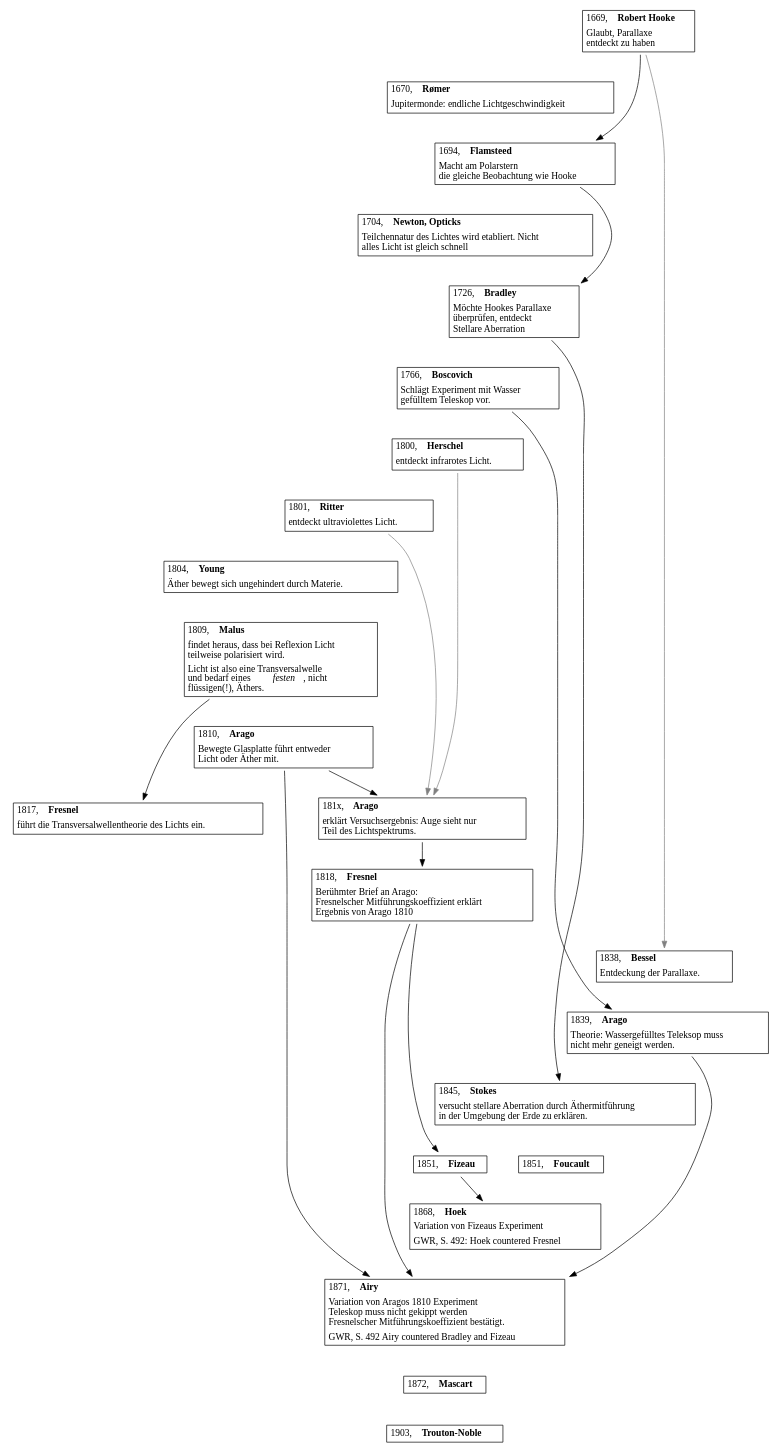
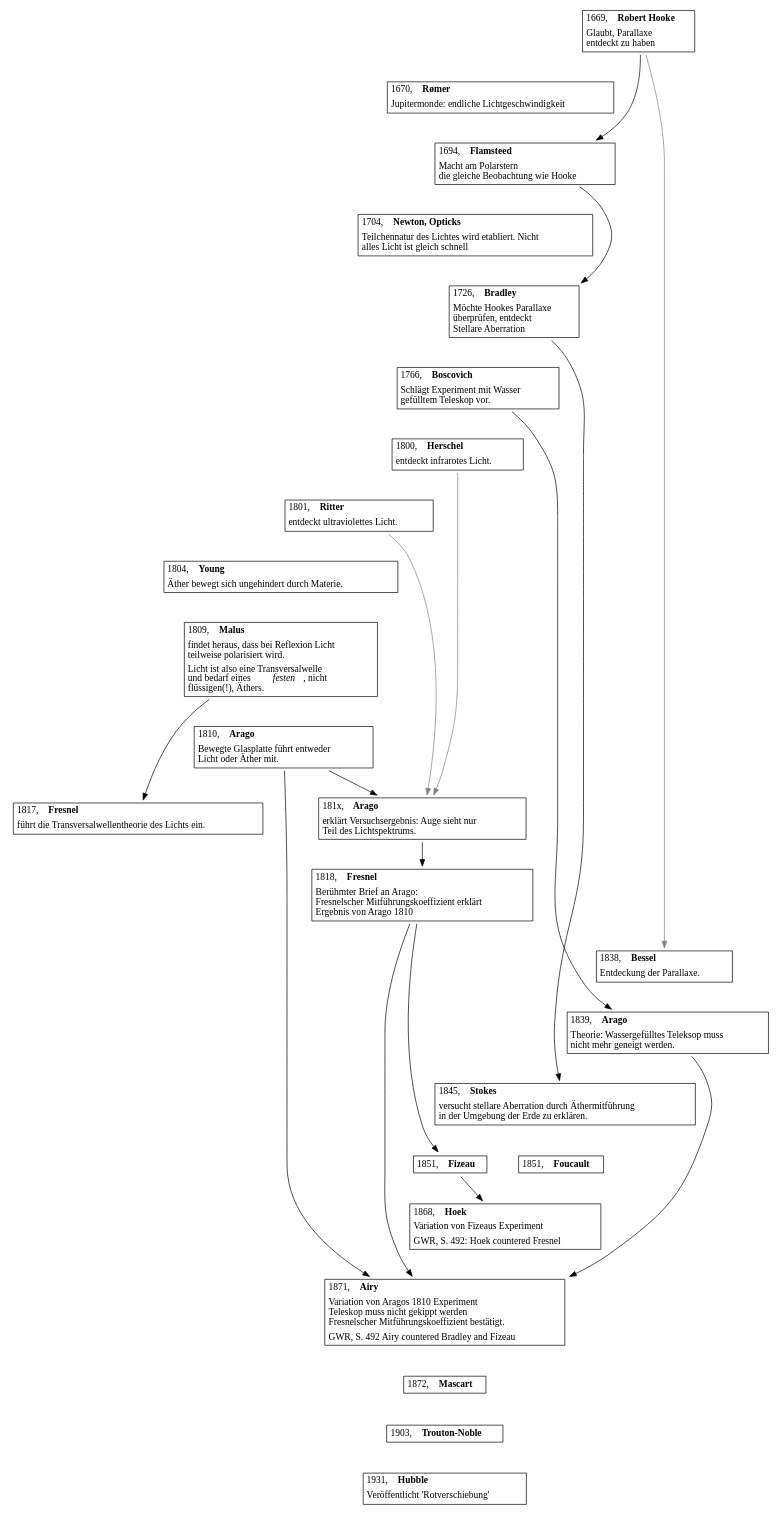
One commit to ReneNyffenegger/Geschichte-der-Wissenschaft changed the diagram in Ablauf.dot. Above: the diagram before and after it, drawn with Graphviz.

```diff
--- a/Ablauf.dot
+++ b/Ablauf.dot
@@ -216,6 +216,15 @@
      >
    ];
 
+   j_1931_Hubble [
+     label = <
+       <table border="1" cellborder="0">
+       <tr><td align="left">1931, <b>Hubble</b></td></tr>
+       <tr><td align="left">Veröffentlicht 'Rotverschiebung'</td></tr>
+       </table>
+     >
+   ];
+
    j_1669_Hooke -> j_1694_Flamsteed-> j_1726_Bradley;
 
    j_1726_Bradley -> j_1845_Stokes;
@@ -235,7 +244,7 @@
 
    j_1669_Hooke -> j_1670_Roemer -> j_1694_Flamsteed -> j_1704_Newton -> j_1726_Bradley -> j_1766_Boscovitch -> j_1800_Herschel -> j_1801_Ritter -> j_1804_Young -> j_1809_Malus ->
    j_1810_Arago-> j_1817_Fresnel -> j_1818_Fresnel -> j_1838_Bessel -> j_1839_Arago -> j_1845_Stokes -> j_1851_Foucault -> j_1868_Hoek -> j_1871_Airy ->
-   j_1872_Mascart -> j_1903_Trouton_Noble [style=invisible arrowhead=none];
+   j_1872_Mascart -> j_1903_Trouton_Noble -> j_1931_Hubble [style=invisible arrowhead=none];
 
 
 
```
